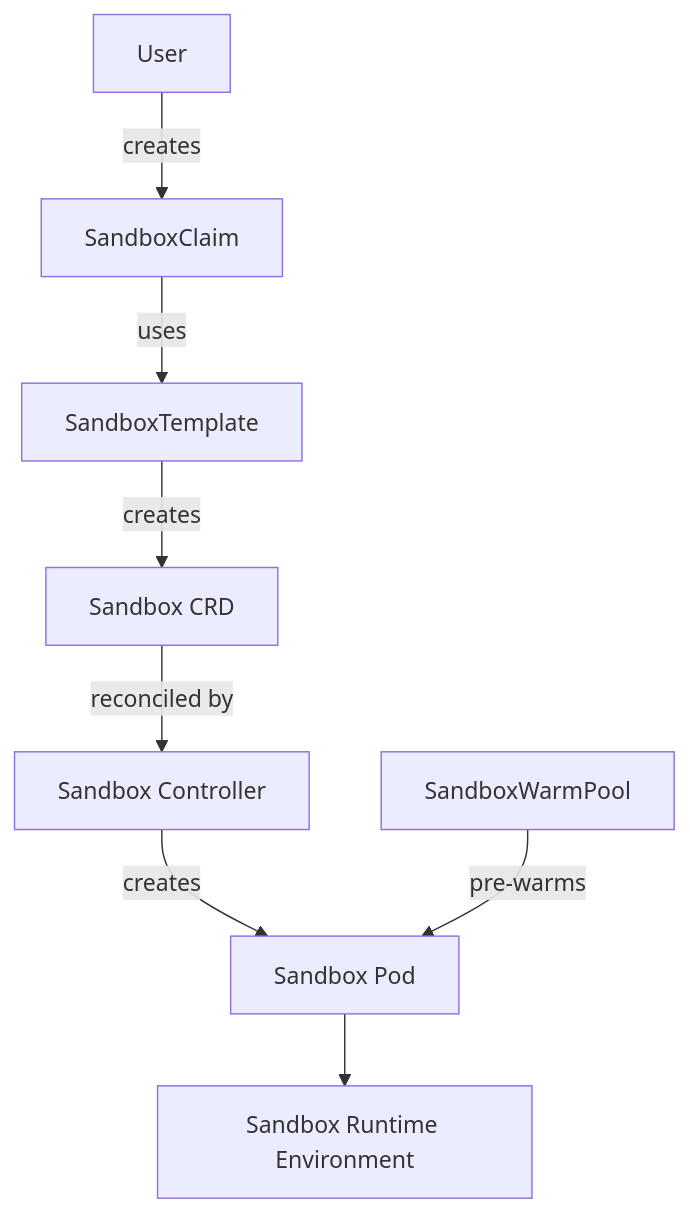
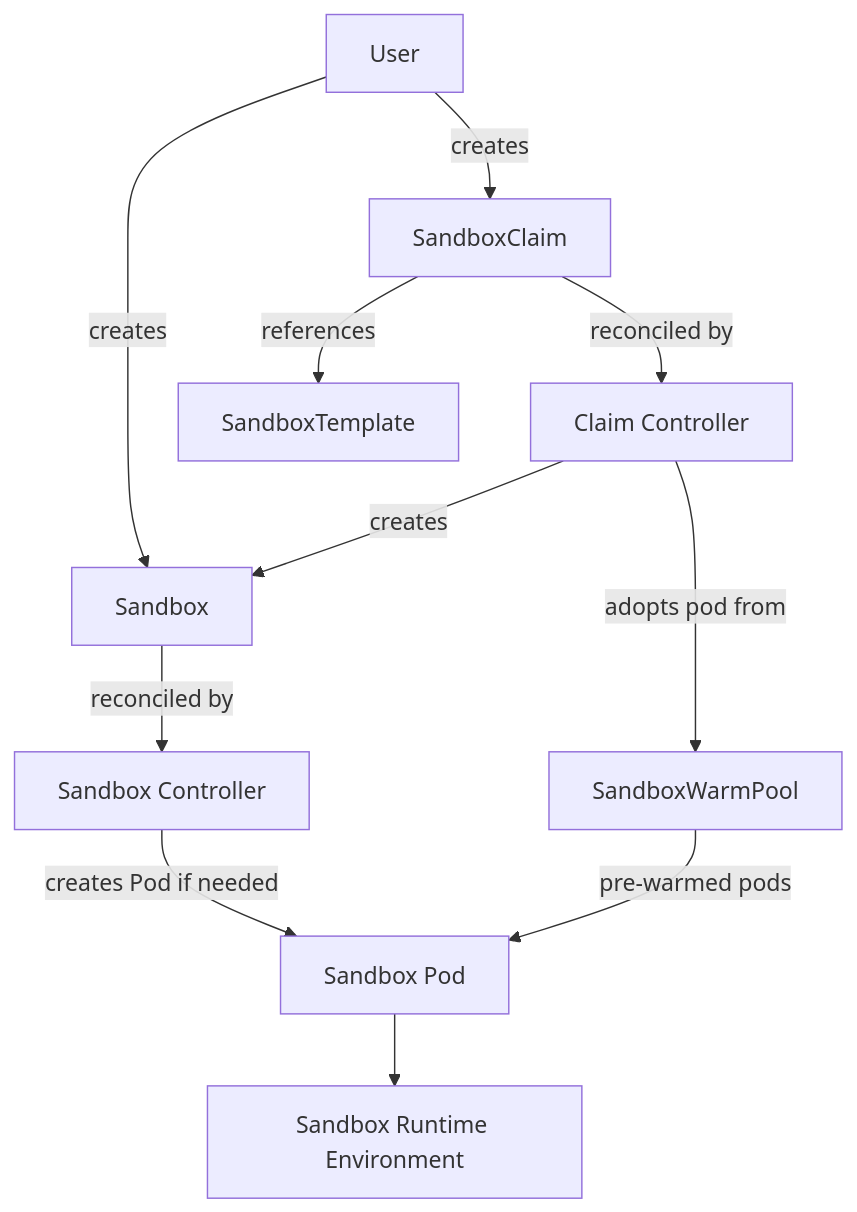
One commit to kubernetes-sigs/agent-sandbox changed the diagram in README.md. Above: the diagram before and after it, drawn with Mermaid.

Commit message:
Added suggested changes

````diff
--- a/README.md
+++ b/README.md
@@ -33,26 +33,37 @@
 ```mermaid
 flowchart TB
 
     User[User]
 
     Claim[SandboxClaim]
     Template[SandboxTemplate]
-    CRD[Sandbox CRD]
+    Sandbox[Sandbox]
 
+    ClaimController[Claim Controller]
     Controller[Sandbox Controller]
 
     Pod[Sandbox Pod]
-
     Runtime[Sandbox Runtime Environment]
 
     WarmPool[SandboxWarmPool]
 
+    %% User paths
+    User -->|creates| Sandbox
     User -->|creates| Claim
-    Claim -->|uses| Template
-    Template -->|creates| CRD
-    CRD -->|reconciled by| Controller
-    Controller -->|creates| Pod
+
+    %% Claim workflow
+    Claim -->|references| Template
+    Claim -->|reconciled by| ClaimController
+    ClaimController -->|creates| Sandbox
+
+    %% Pod handling
+    ClaimController -->|adopts pod from| WarmPool
+    Sandbox -->|reconciled by| Controller
+    Controller -->|creates Pod if needed| Pod
+
+    %% Runtime
     Pod --> Runtime
 
-    WarmPool -->|pre-warms| Pod
+    %% Warm pool
+    WarmPool -->|pre-warmed pods| Pod
 ```
````
